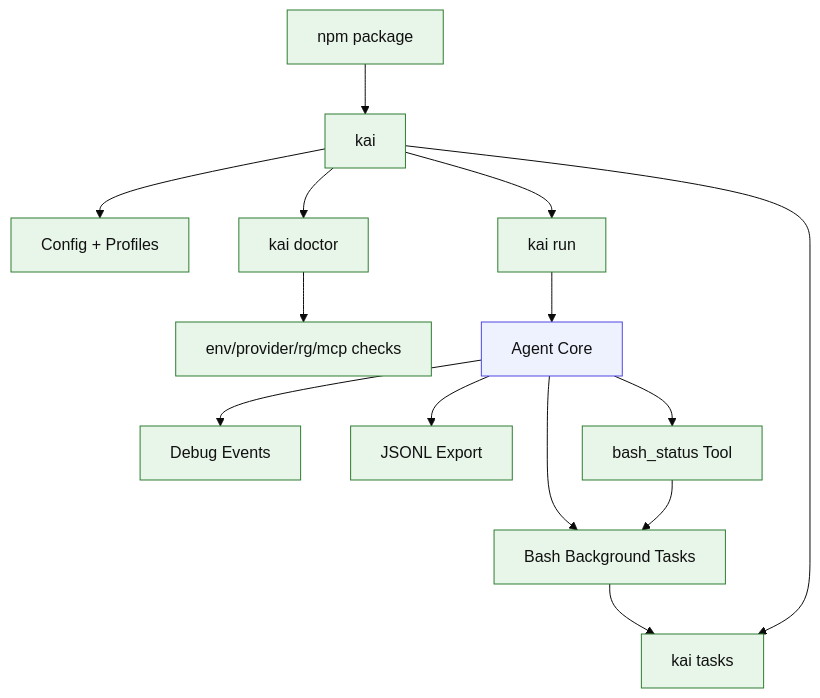
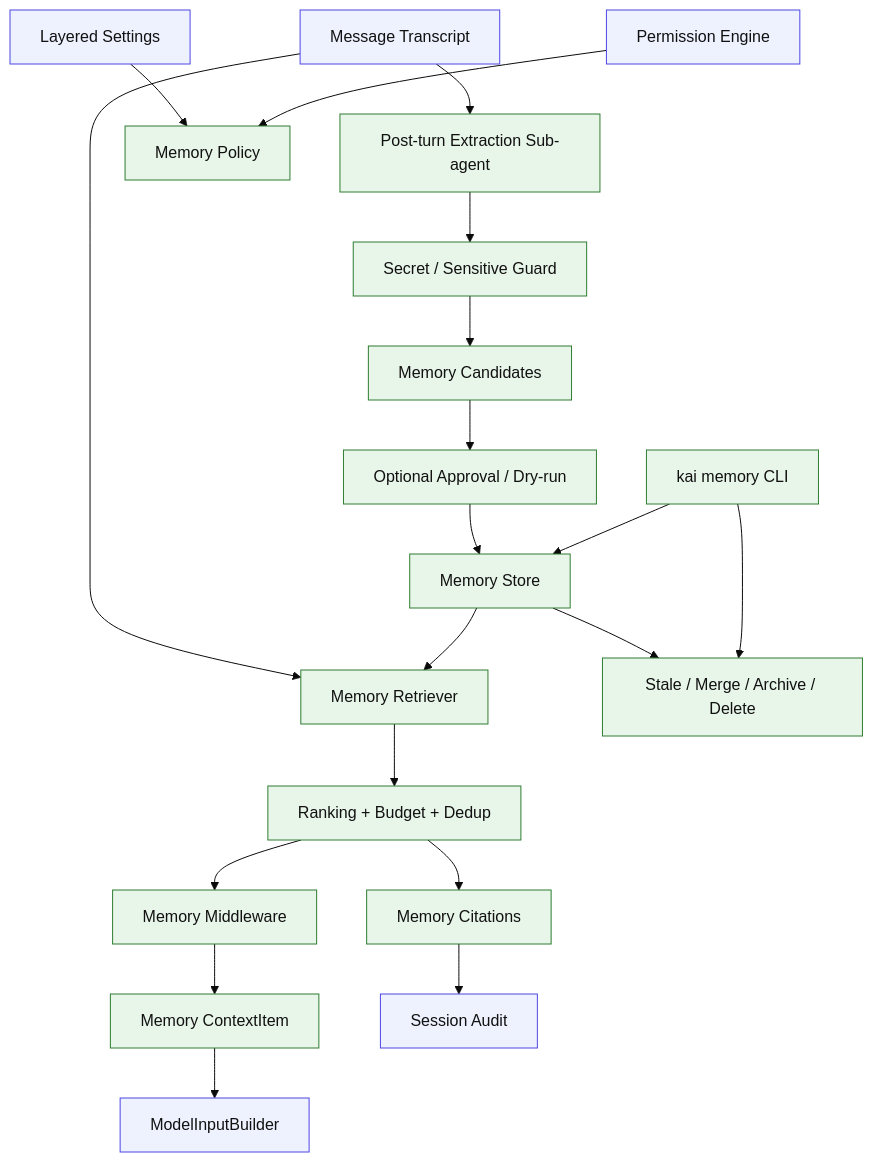
One commit to 1330482928/kai-code-agent changed the diagram in code-agent-roadmap/architecture/diagrams/stage-13.md. Above: the diagram before and after it, drawn with Mermaid (base theme). The commit also changed 41 other files, not shown here.

Commit message:
docs(roadmap): refresh staged agent roadmap

````diff
--- a/code-agent-roadmap/architecture/diagrams/stage-13.md
+++ b/code-agent-roadmap/architecture/diagrams/stage-13.md
@@ -3,21 +3,26 @@
 ```mermaid
 flowchart TB
-  CLI["kai"] --> Config["Config + Profiles"]
-  CLI --> Doctor["kai doctor"]
-  CLI --> Run["kai run"]
-  CLI --> Tasks["kai tasks"]
-  Run --> Core["Agent Core"]
-  Core --> Telemetry["Debug Events"]
-  Core --> Logs["JSONL Export"]
-  Core --> BashBg["Bash Background Tasks"]
-  Core --> BashStatus["bash_status Tool"]
-  BashBg --> Tasks
-  BashStatus --> BashBg
-  Doctor --> Checks["env/provider/rg/mcp checks"]
-  Package["npm package"] --> CLI
+  Transcript["Message Transcript"] --> Extractor["Post-turn Extraction Sub-agent"]
+  Transcript --> Retriever["Memory Retriever"]
+  Settings["Layered Settings"] --> Policy["Memory Policy"]
+  Permission["Permission Engine"] --> Policy
+  Extractor --> Guard["Secret / Sensitive Guard"]
+  Guard --> Candidates["Memory Candidates"]
+  Candidates --> Approval["Optional Approval / Dry-run"]
+  Approval --> Store["Memory Store"]
+  Store --> Retriever
+  Retriever --> Ranking["Ranking + Budget + Dedup"]
+  Ranking --> Citations["Memory Citations"]
+  Ranking --> Middleware["Memory Middleware"]
+  Middleware --> Item["Memory ContextItem"]
+  Item --> Builder["ModelInputBuilder"]
+  Store --> Lifecycle["Stale / Merge / Archive / Delete"]
+  CLI["kai memory CLI"] --> Store
+  CLI --> Lifecycle
+  Citations --> Audit["Session Audit"]
 
   classDef existing fill:#eef2ff,stroke:#4f46e5,color:#111;
   classDef new fill:#e8f5e9,stroke:#2e7d32,color:#111;
-  class Core existing;
-  class CLI,Config,Doctor,Run,Tasks,Telemetry,Logs,BashBg,BashStatus,Checks,Package new;
+  class Transcript,Settings,Permission,Builder,Audit existing;
+  class Extractor,Policy,Guard,Candidates,Approval,Store,Retriever,Ranking,Citations,Middleware,Item,Lifecycle,CLI new;
 ```
````
